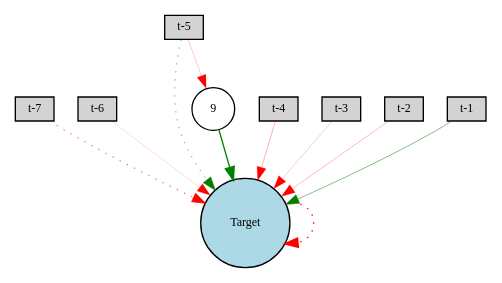
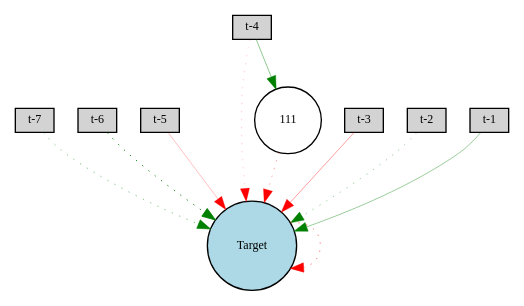
The diagram in lynx/Digraph.gv (lafengxiaoyu/ENN), drawn with Graphviz before and after one commit. The commit also changed 7 other files, not shown here.

```diff
--- a/lynx/Digraph.gv
+++ b/lynx/Digraph.gv
@@ -1,22 +1,22 @@
 digraph {
 	node [fontsize=9 height=0.2 shape=circle width=0.2]
 	"t-7" [fillcolor=lightgray shape=box style=filled]
 	"t-6" [fillcolor=lightgray shape=box style=filled]
 	"t-5" [fillcolor=lightgray shape=box style=filled]
 	"t-4" [fillcolor=lightgray shape=box style=filled]
 	"t-3" [fillcolor=lightgray shape=box style=filled]
 	"t-2" [fillcolor=lightgray shape=box style=filled]
 	"t-1" [fillcolor=lightgray shape=box style=filled]
 	Target [fillcolor=lightblue style=filled]
-	9 [fillcolor=white style=filled]
-	"t-7" -> Target [color=red penwidth=0.6023977926784667 style=dotted]
-	"t-6" -> Target [color=red penwidth=0.11426049526096005 style=solid]
-	"t-5" -> Target [color=green penwidth=0.46460418892089594 style=dotted]
-	"t-4" -> Target [color=red penwidth=0.2321796178454878 style=solid]
-	"t-3" -> Target [color=red penwidth=0.1648623317523064 style=solid]
-	"t-2" -> Target [color=red penwidth=0.2125766782824291 style=solid]
-	"t-1" -> Target [color=green penwidth=0.3666091369934982 style=solid]
-	Target -> Target [color=red penwidth=1.0703238450535524 style=dotted]
-	"t-5" -> 9 [color=red penwidth=0.16133280857319238 style=solid]
-	9 -> Target [color=green penwidth=0.9623628157106505 style=solid]
+	111 [fillcolor=white style=filled]
+	"t-7" -> Target [color=green penwidth=0.3519362657536306 style=dotted]
+	"t-6" -> Target [color=green penwidth=0.6785842472707365 style=dotted]
+	"t-5" -> Target [color=red penwidth=0.19184588861934374 style=solid]
+	"t-4" -> Target [color=red penwidth=0.13610153560065863 style=dotted]
+	"t-3" -> Target [color=red penwidth=0.28718819973942794 style=solid]
+	"t-2" -> Target [color=green penwidth=0.2931209272427632 style=dotted]
+	"t-1" -> Target [color=green penwidth=0.30291928048224415 style=solid]
+	Target -> Target [color=red penwidth=0.3920318914953198 style=dotted]
+	"t-4" -> 111 [color=green penwidth=0.32550871862316466 style=solid]
+	111 -> Target [color=red penwidth=0.27816721545124107 style=dotted]
 }
```
